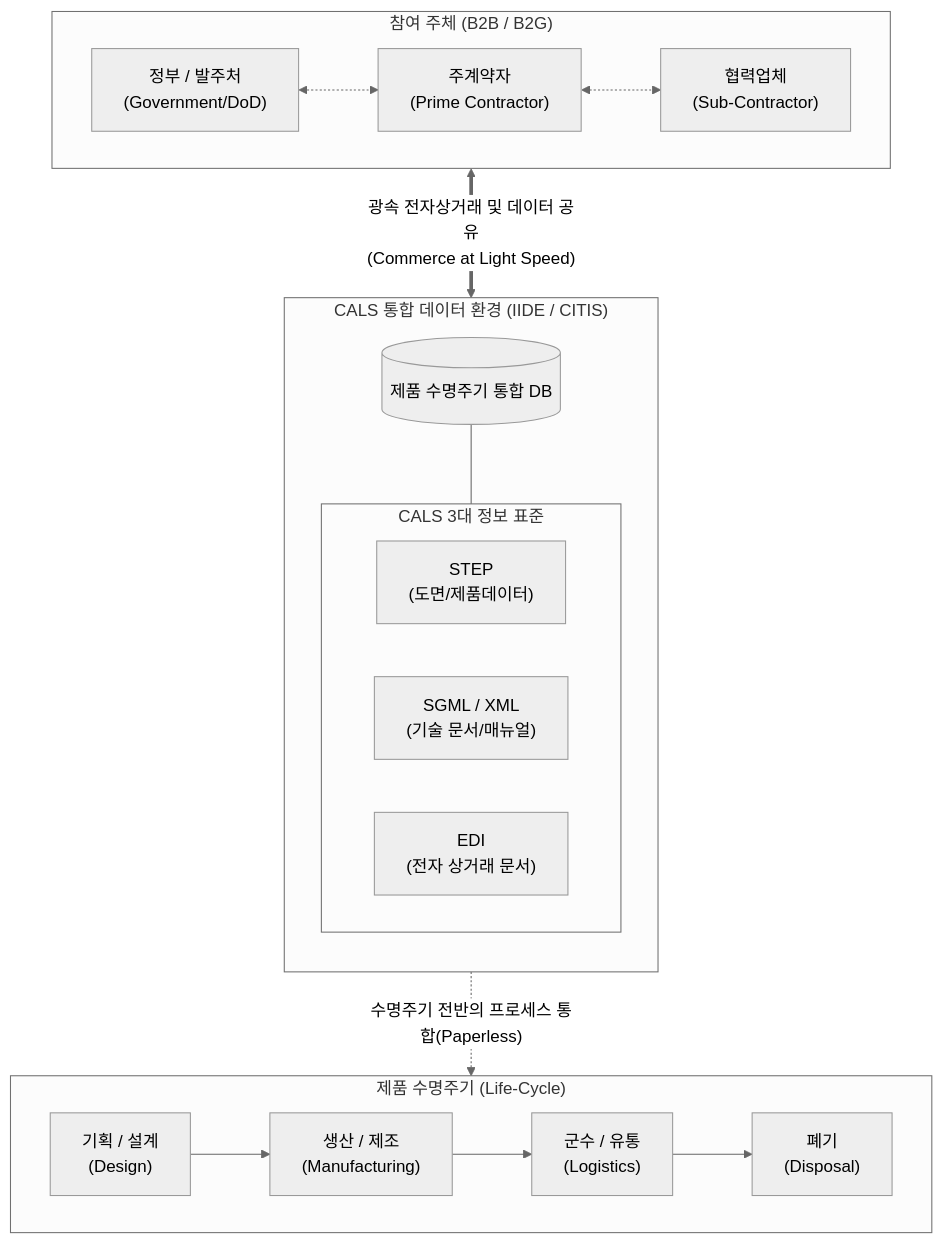
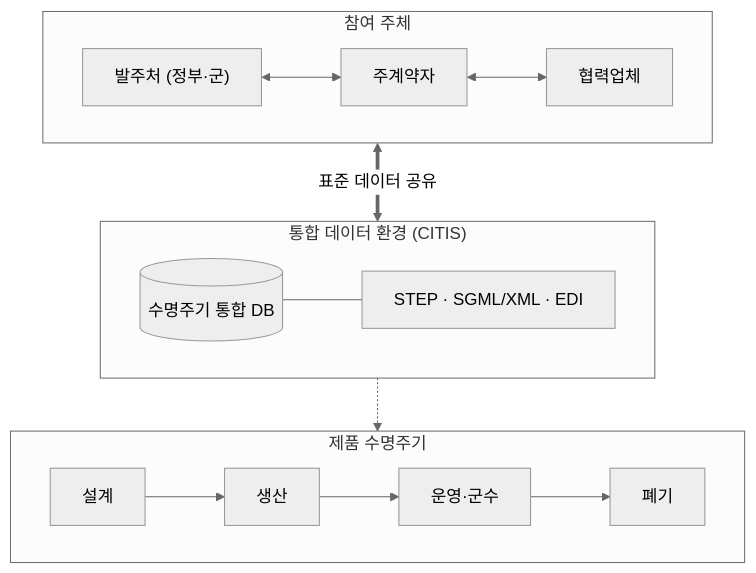
Before and after one commit to supremethumb/supremethumb.github.io: the diagram in content/01_IT Tech/CALS.md, drawn with Mermaid (neutral theme). The commit also changed other lines of this file and 1087 other files, not shown here.

````diff
--- a/content/01_IT Tech/CALS.md
+++ b/content/01_IT Tech/CALS.md
@@ -22,34 +34,17 @@
 ```mermaid
 flowchart TB
-    subgraph Stakeholders["참여 주체 (B2B / B2G)"]
+    subgraph P["참여 주체"]
         direction LR
-        Gov["정부 / 발주처<br/>(Government/DoD)"]
-        Prime["주계약자<br/>(Prime Contractor)"]
-        Sub["협력업체<br/>(Sub-Contractor)"]
-        
-        Gov <.-> Prime <.-> Sub
+        G["발주처 (정부·군)"] <--> PC["주계약자"] <--> SC["협력업체"]
     end
-
-    subgraph IIDE["CALS 통합 데이터 환경 (IIDE / CITIS)"]
-        direction TB
-        DB[(제품 수명주기 통합 DB)]
-        
-        subgraph Standards["CALS 3대 정보 표준"]
-            STEP["STEP<br/>(도면/제품데이터)"]
-            SGML["SGML / XML<br/>(기술 문서/매뉴얼)"]
-            EDI["EDI<br/>(전자 상거래 문서)"]
-        end
-        DB --- Standards
+    subgraph E["통합 데이터 환경 (CITIS)"]
+        direction LR
+        DB[("수명주기 통합 DB")] --- STD["STEP · SGML/XML · EDI"]
     end
-
-    subgraph Lifecycle["제품 수명주기 (Life-Cycle)"]
+    subgraph L["제품 수명주기"]
         direction LR
-        RND["기획 / 설계<br/>(Design)"] --> MFG["생산 / 제조<br/>(Manufacturing)"] 
-        MFG --> LOG["군수 / 유통<br/>(Logistics)"] 
-        LOG --> DIS["폐기<br/>(Disposal)"]
+        D1["설계"] --> D2["생산"] --> D3["운영·군수"] --> D4["폐기"]
     end
-
-    Stakeholders <== "광속 전자상거래 및 데이터 공유<br/>(Commerce at Light Speed)" ==> IIDE
-    IIDE -. "수명주기 전반의 프로세스 통합(Paperless)" .-> Lifecycle
-
+    P <==>|"표준 데이터 공유"| E
+    E -.-> L
 ```
````
